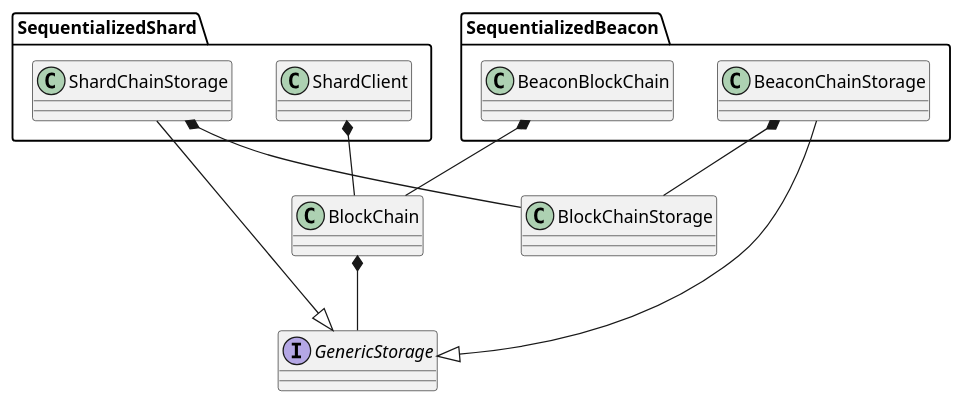
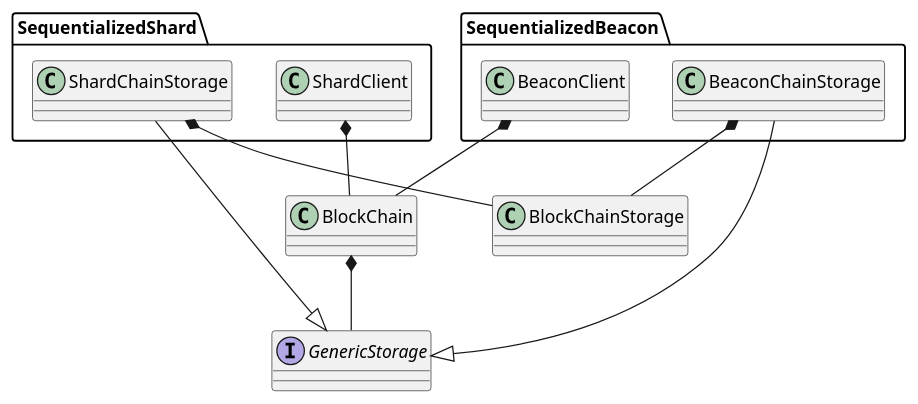
One commit to near/nearcore changed the diagram in node/client/docs/client_storage.puml. Above: the diagram before and after it, drawn with PlantUML. The commit also changed 5 other files, not shown here.

Commit message:
Rename BeaconBlockChain to BeaconClient

```diff
--- a/node/client/docs/client_storage.puml
+++ b/node/client/docs/client_storage.puml
@@ -1,31 +1,31 @@
 @startuml
 
 class BlockChainStorage
 
 interface GenericStorage
 
 
 class BlockChain
 BlockChain *-- GenericStorage
 
 package SequentializedBeacon {
 class BeaconChainStorage
 GenericStorage <|-- BeaconChainStorage
 BeaconChainStorage *-- BlockChainStorage
 
-class BeaconBlockChain
-BeaconBlockChain *-- BlockChain
+class BeaconClient
+BeaconClient *-- BlockChain
 }
 
 package SequentializedShard {
 class ShardChainStorage
 GenericStorage <|-- ShardChainStorage
 ShardChainStorage *-- BlockChainStorage
 
 
 class ShardClient
 ShardClient *-- BlockChain
 }
 
 
 @enduml
```
